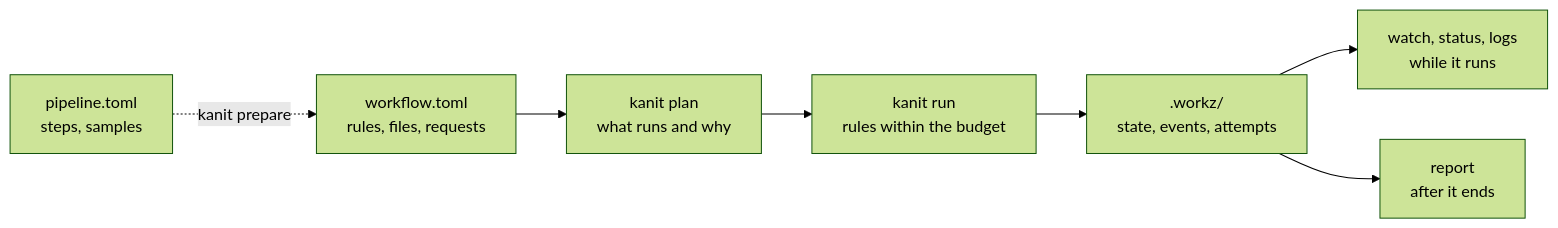
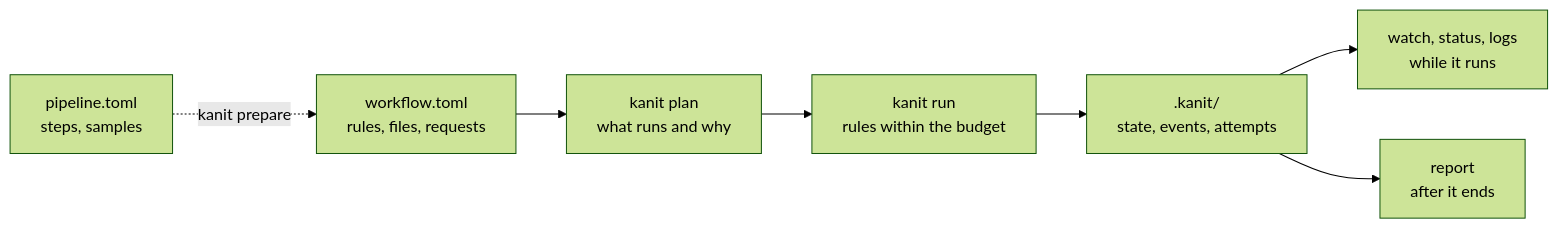
One commit to Zenteomics/kanit changed the diagram in wiki/Home.md. Above: the diagram before and after it, drawn with Mermaid (forest theme). The commit also changed other lines of this file and 40 other files, not shown here.

````diff
--- a/wiki/Home.md
+++ b/wiki/Home.md
@@ -5,9 +5,9 @@
 ```mermaid
 flowchart LR
     T[pipeline.toml<br/>steps, samples] -. kanit prepare .-> W
     W[workflow.toml<br/>rules, files, requests] --> P[kanit plan<br/>what runs and why]
     P --> R[kanit run<br/>rules within the budget]
-    R --> D[.workz/<br/>state, events, attempts]
+    R --> D[.kanit/<br/>state, events, attempts]
     D --> V[watch, status, logs<br/>while it runs]
     D --> A[report<br/>after it ends]
 ```
````
